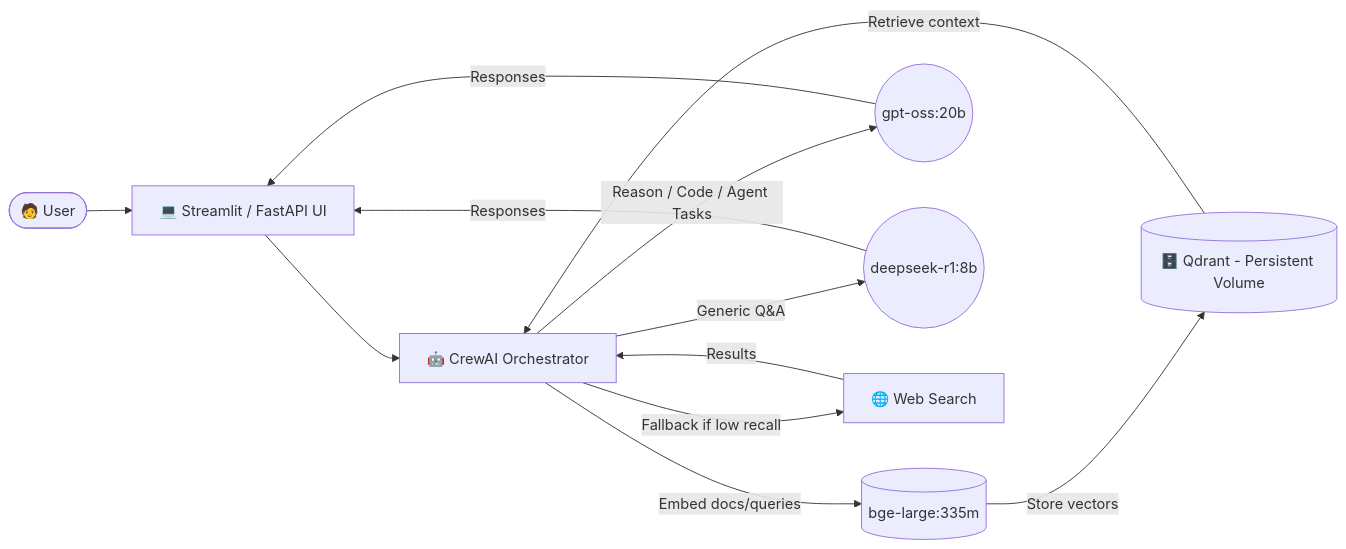
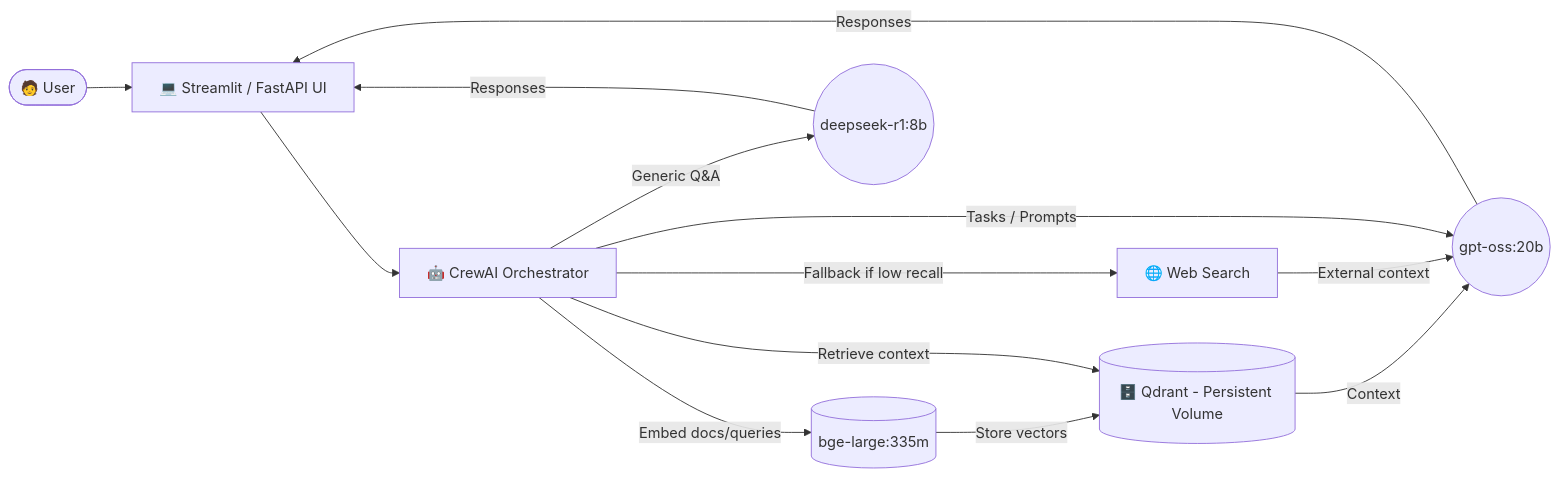
One commit to subhesh922/mera_dost changed the diagram in agentic_rag_architecture_mermaid.md. Above: the diagram before and after it, drawn with Mermaid.

````diff
--- a/agentic_rag_architecture_mermaid.md
+++ b/agentic_rag_architecture_mermaid.md
@@ -1,14 +1,18 @@
 ```mermaid
 flowchart LR
     User([🧑 User]) --> UI[💻 Streamlit / FastAPI UI]
     UI --> CrewAI[🤖 CrewAI Orchestrator]
+
     CrewAI -->|Embed docs/queries| Embeddings[(bge-large:335m)]
     Embeddings -->|Store vectors| Qdrant[(🗄️ Qdrant - Persistent Volume)]
-    Qdrant -->|Retrieve context| CrewAI
-    CrewAI -->|Reason / Code / Agent Tasks| Reasoning((gpt-oss:20b))
+    CrewAI -->|Retrieve context| Qdrant
+    CrewAI -->|Fallback if low recall| WebSearch[🌐 Web Search]
+
+    Qdrant -->|Context| Reasoning((gpt-oss:20b))
+    WebSearch -->|External context| Reasoning
+    CrewAI -->|Tasks / Prompts| Reasoning
     CrewAI -->|Generic Q&A| Chat((deepseek-r1:8b))
-    CrewAI -->|Fallback if low recall| WebSearch[🌐 Web Search]
-    WebSearch -->|Results| CrewAI
+
     Reasoning -->|Responses| UI
     Chat -->|Responses| UI
 ```
````
